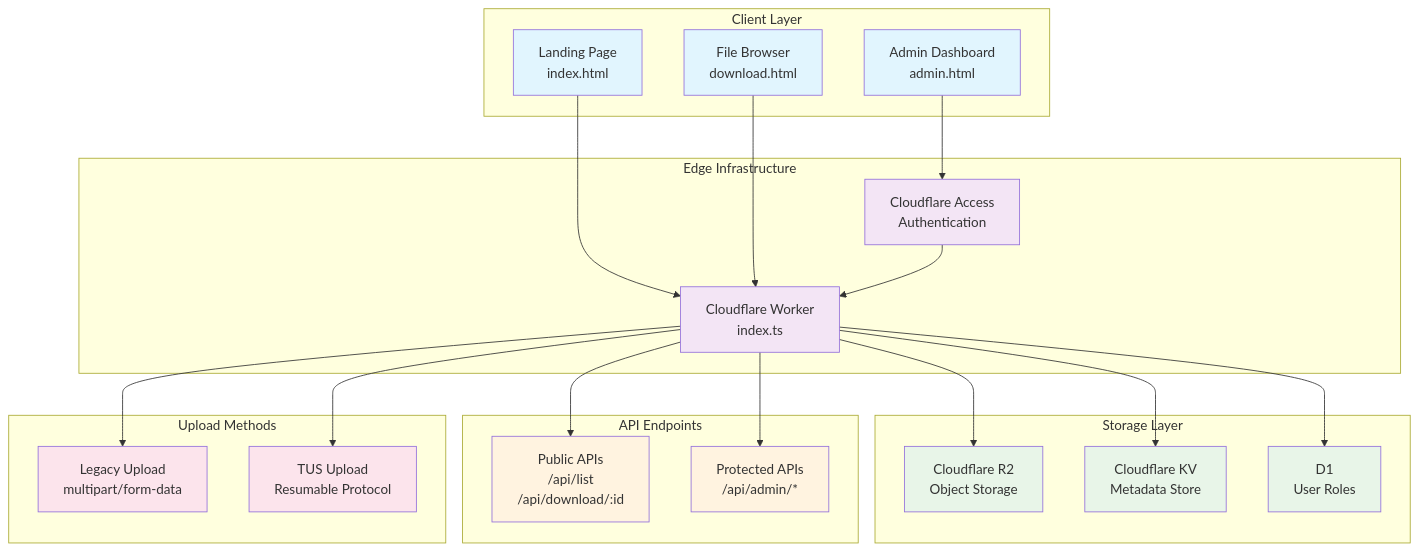
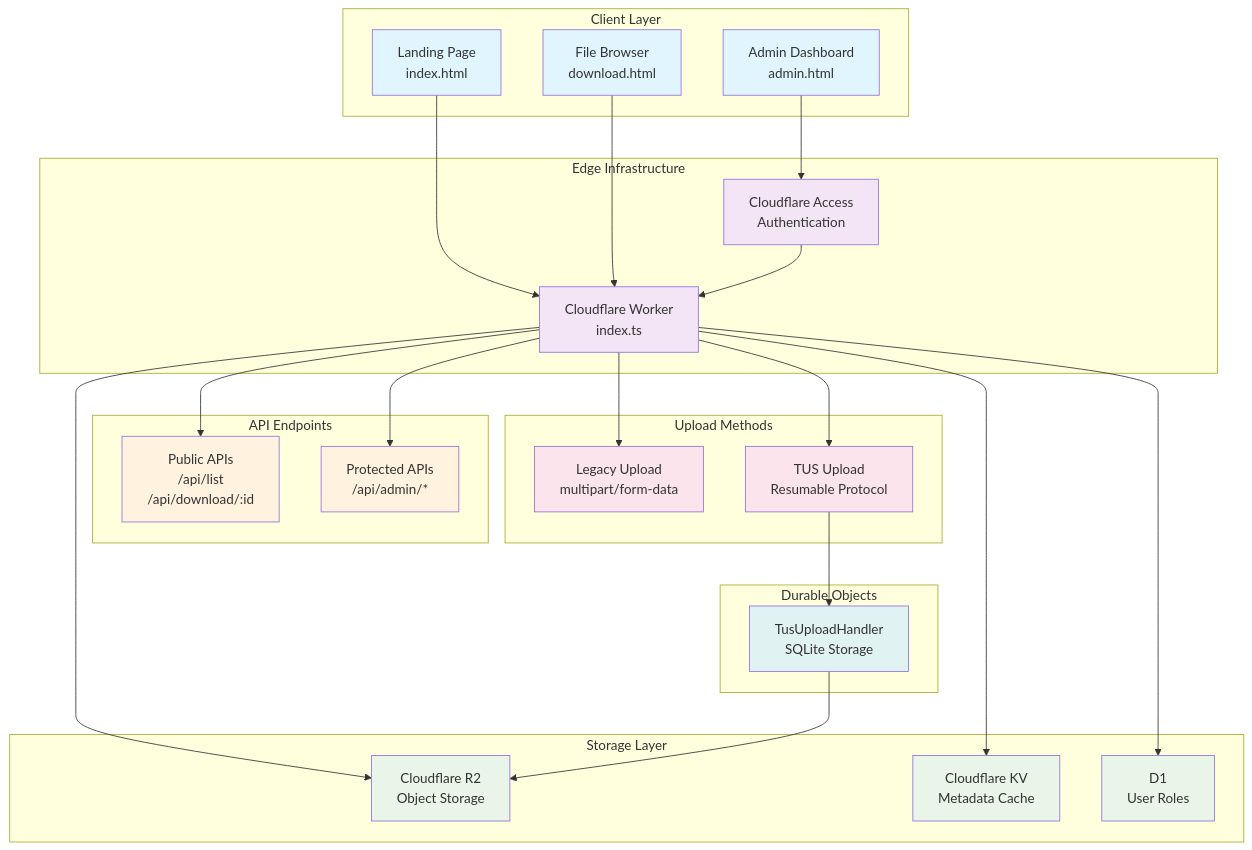
The diagram in README.md (DavidJKTofan/cf-file-sharing-platform), drawn with Mermaid before and after one commit. The commit also changed other lines of this file and 15 other files, not shown here.

````diff
--- a/README.md
+++ b/README.md
@@ -27,53 +29,61 @@
 ```mermaid
 graph TB
     subgraph "Client Layer"
         A[Landing Page<br/>index.html]
         B[Admin Dashboard<br/>admin.html]
         C[File Browser<br/>download.html]
     end
 
     subgraph "Edge Infrastructure"
         D[Cloudflare Worker<br/>index.ts]
         E[Cloudflare Access<br/>Authentication]
     end
 
     subgraph "Storage Layer"
         F[Cloudflare R2<br/>Object Storage]
-        G[Cloudflare KV<br/>Metadata Store]
-        H[D1 <br/> User Roles]
+        G[Cloudflare KV<br/>Metadata Cache]
+        H[D1<br/>User Roles]
+    end
+
+    subgraph "Durable Objects"
+        M[TusUploadHandler<br/>SQLite Storage]
     end
 
     subgraph "API Endpoints"
         I[Public APIs<br/>/api/list<br/>/api/download/:id]
         J[Protected APIs<br/>/api/admin/*]
     end
 
     subgraph "Upload Methods"
         K[Legacy Upload<br/>multipart/form-data]
         L[TUS Upload<br/>Resumable Protocol]
     end
 
     A --> D
     B --> E
     C --> D
     E --> D
     D --> I
     D --> J
     D --> K
     D --> L
     D --> F
     D --> G
     D --> H
+    L --> M
+    M --> F
 
     classDef client fill:#e1f5fe
     classDef edge fill:#f3e5f5
     classDef storage fill:#e8f5e8
     classDef api fill:#fff3e0
     classDef upload fill:#fce4ec
+    classDef durable fill:#e0f2f1
 
     class A,B,C client
     class D,E edge
     class F,G,H storage
     class I,J api
     class K,L upload
+    class M durable
 ```
````
